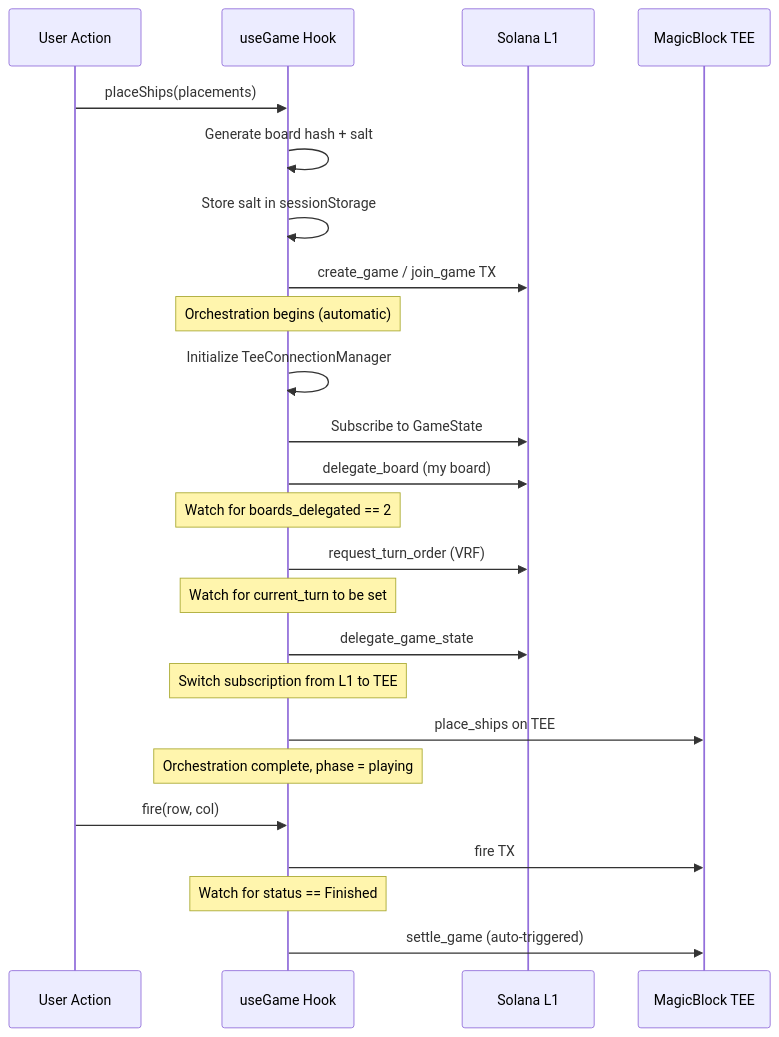
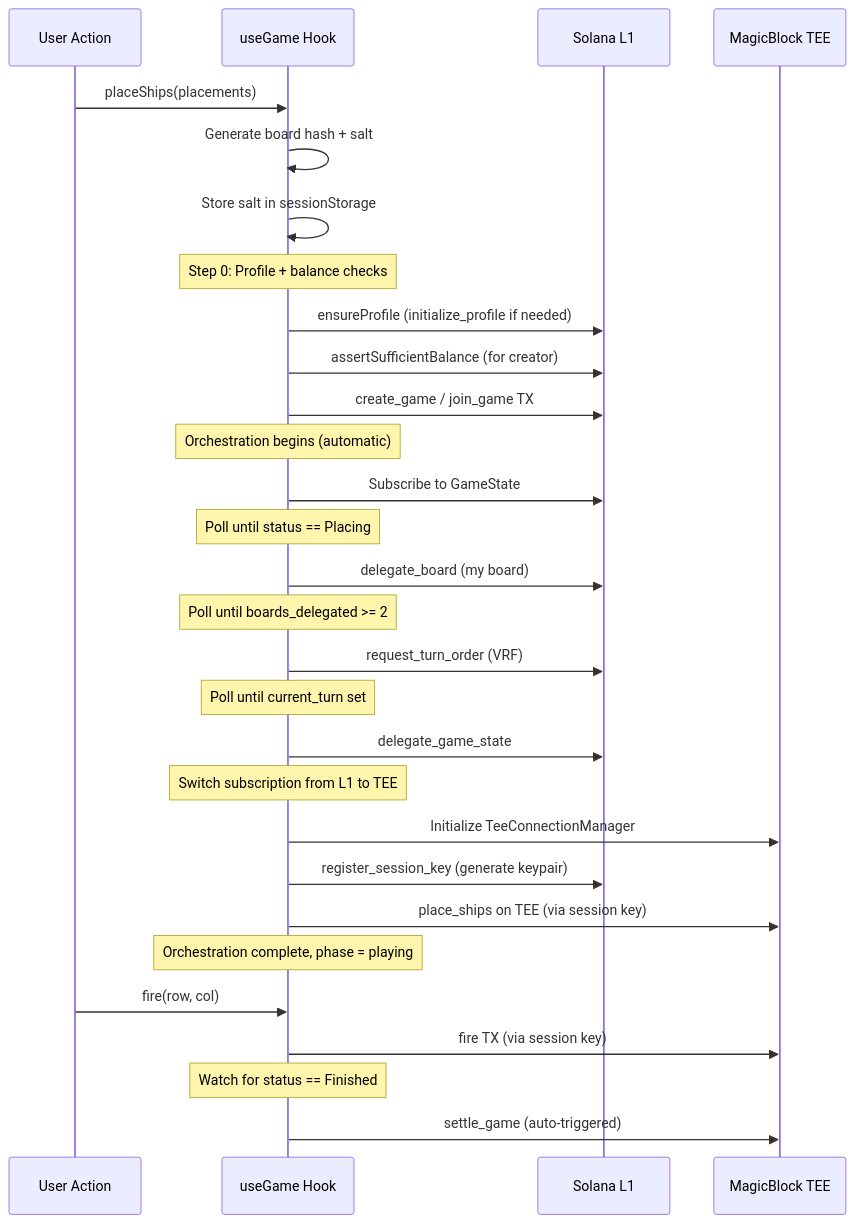
Before and after one commit to Andy00L/private-battleship: the ninth of 11 diagrams in ARCHITECTURE.md, drawn with Mermaid. The commit also changed other lines of this file and 21 other files, not shown here.

Commit message:
feat: session keys, auto-settle/claim, SVG ships, debug logging, edge cases

````diff
--- a/ARCHITECTURE.md
+++ b/ARCHITECTURE.md
@@ -308,35 +363,44 @@
 ```mermaid
 sequenceDiagram
     participant User as User Action
     participant Hook as useGame Hook
     participant L1 as Solana L1
     participant TEE as MagicBlock TEE
 
     User->>Hook: placeShips(placements)
     Hook->>Hook: Generate board hash + salt
     Hook->>Hook: Store salt in sessionStorage
+
+    Note over Hook: Step 0: Profile + balance checks
+    Hook->>L1: ensureProfile (initialize_profile if needed)
+    Hook->>L1: assertSufficientBalance (for creator)
+
     Hook->>L1: create_game / join_game TX
 
     Note over Hook: Orchestration begins (automatic)
 
-    Hook->>Hook: Initialize TeeConnectionManager
     Hook->>L1: Subscribe to GameState
+    Note over Hook: Poll until status == Placing
 
     Hook->>L1: delegate_board (my board)
-    Note over Hook: Watch for boards_delegated == 2
+    Note over Hook: Poll until boards_delegated >= 2
 
     Hook->>L1: request_turn_order (VRF)
-    Note over Hook: Watch for current_turn to be set
+    Note over Hook: Poll until current_turn set
 
     Hook->>L1: delegate_game_state
+
     Note over Hook: Switch subscription from L1 to TEE
 
-    Hook->>TEE: place_ships on TEE
+    Hook->>TEE: Initialize TeeConnectionManager
+    Hook->>L1: register_session_key (generate keypair)
+
+    Hook->>TEE: place_ships on TEE (via session key)
     Note over Hook: Orchestration complete, phase = playing
 
     User->>Hook: fire(row, col)
-    Hook->>TEE: fire TX
+    Hook->>TEE: fire TX (via session key)
 
     Note over Hook: Watch for status == Finished
     Hook->>TEE: settle_game (auto-triggered)
 ```
````
